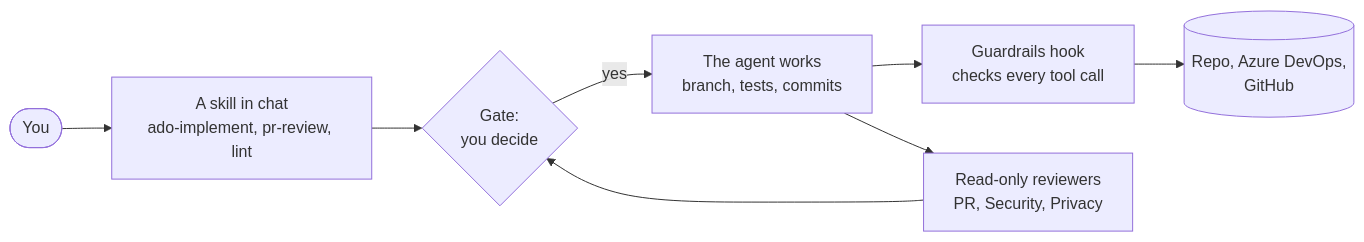
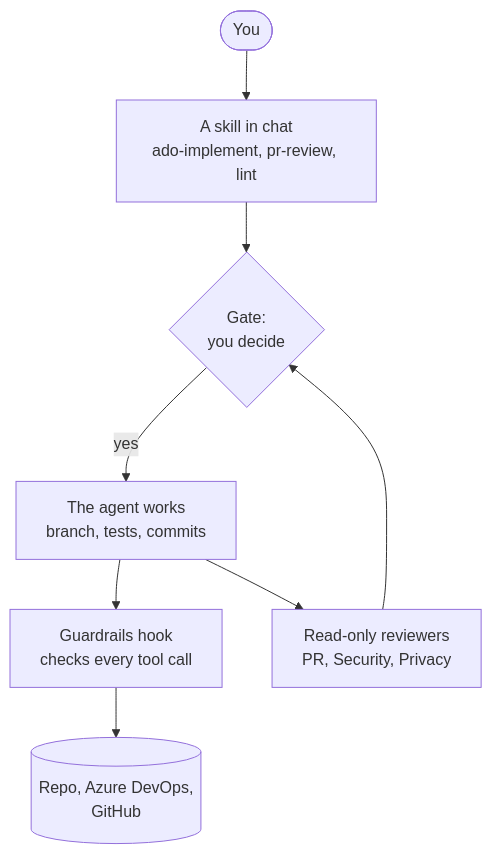
Before and after one commit to aiagentkit-labs/agentic-dev-kit: the diagram in docs/index.md, drawn with Mermaid. The commit also changed 2 other files, not shown here.

Commit message:
docs: draw diagrams at full size
The inline-block wrapper capped every diagram at 300px wide, shrinking the text. Use a block wrapper, and lay out the wide flows top to bottom so they fit without scaling.

````diff
--- a/docs/index.md
+++ b/docs/index.md
@@ -7,10 +7,10 @@
 ```mermaid
-flowchart LR
+flowchart TD
   You([You]) --> Skill[A skill in chat<br/>ado-implement, pr-review, lint]
   Skill --> Gate{Gate:<br/>you decide}
   Gate -->|yes| Agent[The agent works<br/>branch, tests, commits]
   Agent --> Hook[Guardrails hook<br/>checks every tool call]
   Hook --> Shared[(Repo, Azure DevOps,<br/>GitHub)]
   Agent --> Reviewers[Read-only reviewers<br/>PR, Security, Privacy]
   Reviewers --> Gate
 ```
````
